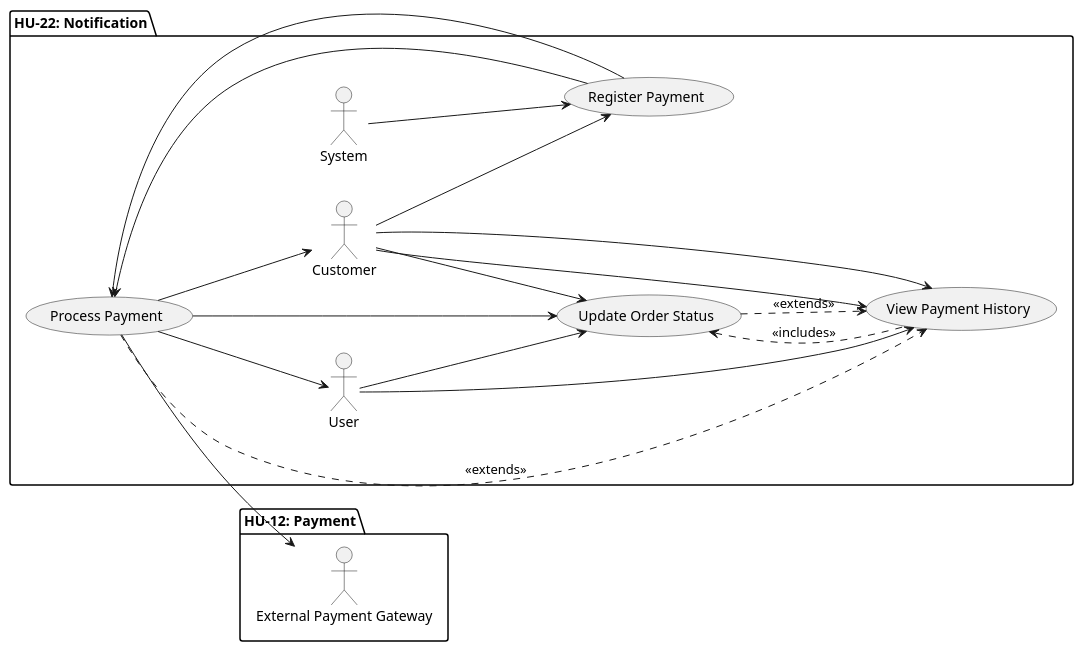
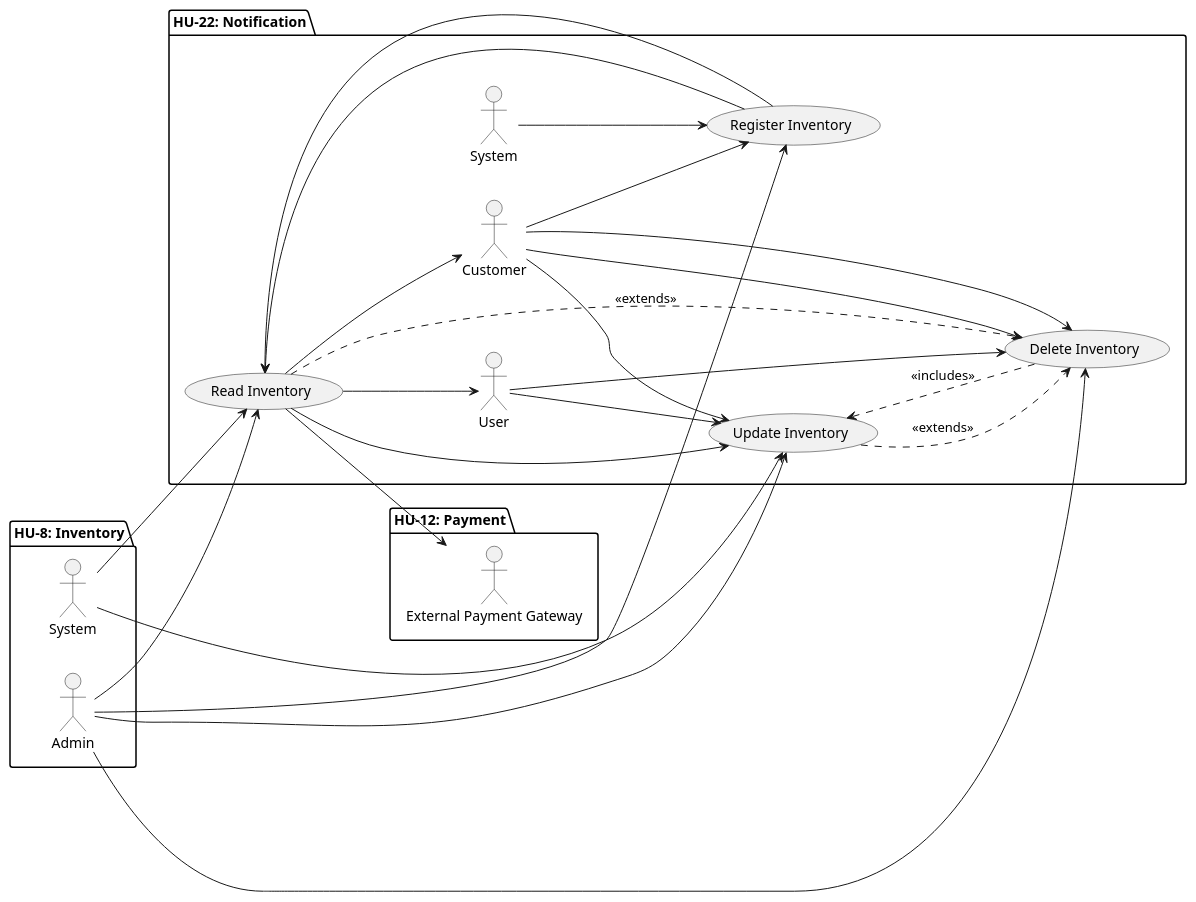
Before and after one commit to code-sena/laboratory-2899747: the diagram in document/architecture/usecase.wsd, drawn with PlantUML. The commit also changed 1 other file, not shown here.

Commit message:
feat(inventory): add use case diagram and SQL schema

```diff
--- a/document/architecture/usecase.wsd
+++ b/document/architecture/usecase.wsd
@@ -1,55 +1,78 @@
 @startuml
   left to right direction
 
   package "HU-22: Notification" {
 
     'Actors'
     actor "System" as System
     actor "User" as User
     actor "Customer" as Customer
 
     'Use Cases'
     usecase "Register Notification" as UC1
     usecase "Send/Display Notification" as UC2
     usecase "Mark Notification as Read" as UC3
     usecase "View Notifications" as UC4
 
     'Relationships'
     System --> UC1
     UC1 --> UC2
     UC2 --> User
     UC2 --> Customer
 
     User --> UC3
     Customer --> UC3
 
     User --> UC4
     Customer --> UC4
 
     UC3 .> UC4 : <<extends>>
   }
 
   package "HU-12: Payment" {
 
     'Actors'
     actor "Customer" as Customer
     actor "External Payment Gateway" as PaymentGateway
 
     'Use Cases'
     usecase "Register Payment" as UC1
     usecase "Process Payment" as UC2
     usecase "Update Order Status" as UC3
     usecase "View Payment History" as UC4
 
     'Relationships'
     Customer --> UC1
     Customer --> UC4
 
     UC1 --> UC2
     UC2 --> PaymentGateway
     UC2 .> UC4 : <<extends>>
     UC3 <.. UC4 : <<includes>>
 
     UC2 --> UC3
   }
+
+  package "HU-8: Inventory" {
+
+    'Actors
+    actor "Admin" as Admin
+    actor "System" as Sys
+
+    'Use Cases
+    usecase "Register Inventory" as UC1
+    usecase "Read Inventory" as UC2
+    usecase "Update Inventory" as UC3
+    usecase "Delete Inventory" as UC4
+
+    'Relations
+    Admin --> UC1
+    Admin --> UC2
+    Admin --> UC3
+    Admin --> UC4
+
+    Sys --> UC2
+    Sys --> UC3
+  }
+
 @enduml
```
